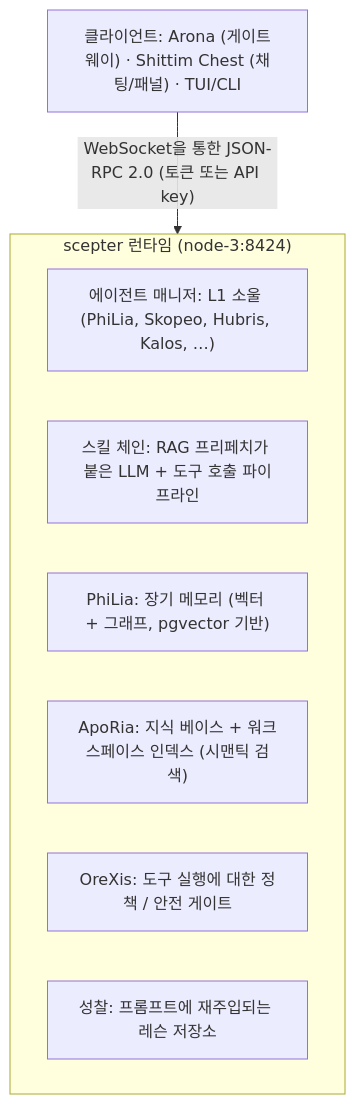
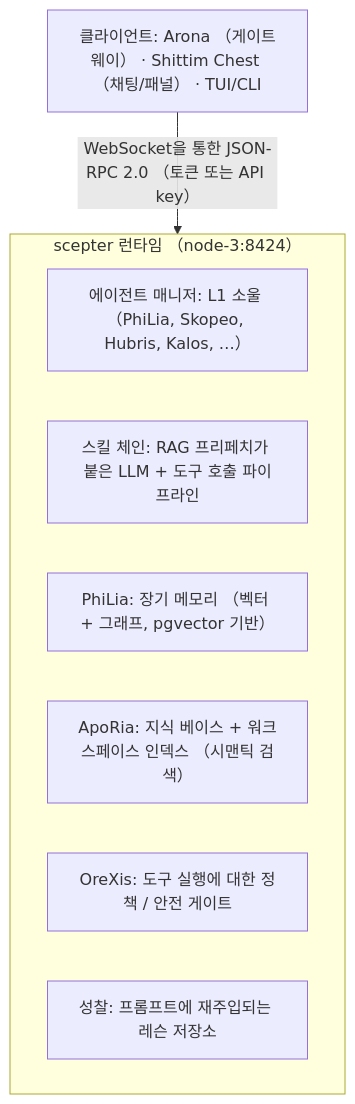
One commit to celestia-island/docs.celestia.world changed the diagram in docs/ko/platforms/entelecheia.md. Above: the diagram before and after it, drawn with Mermaid. The commit also changed 35 other files, not shown here.

First line of the commit message:
📝 Convert ASCII parentheses in mermaid fences to fullwidth across languages. (#96)

````diff
--- a/docs/ko/platforms/entelecheia.md
+++ b/docs/ko/platforms/entelecheia.md
@@ -10,13 +10,13 @@
 ```mermaid
 flowchart TD
-    C["클라이언트: Arona (게이트웨이) · Shittim Chest (채팅/패널) · TUI/CLI"]
-    subgraph G["scepter 런타임 (node-3:8424)"]
-        N0["에이전트 매니저: L1 소울 (PhiLia, Skopeo, Hubris, Kalos, …)"]
+    C["클라이언트: Arona （게이트웨이） · Shittim Chest （채팅/패널） · TUI/CLI"]
+    subgraph G["scepter 런타임 （node-3:8424）"]
+        N0["에이전트 매니저: L1 소울 （PhiLia, Skopeo, Hubris, Kalos, …）"]
         N1["스킬 체인: RAG 프리페치가 붙은 LLM + 도구 호출 파이프라인"]
-        N2["PhiLia: 장기 메모리 (벡터 + 그래프, pgvector 기반)"]
-        N3["ApoRia: 지식 베이스 + 워크스페이스 인덱스 (시맨틱 검색)"]
+        N2["PhiLia: 장기 메모리 （벡터 + 그래프, pgvector 기반）"]
+        N3["ApoRia: 지식 베이스 + 워크스페이스 인덱스 （시맨틱 검색）"]
         N4["OreXis: 도구 실행에 대한 정책 / 안전 게이트"]
         N5["성찰: 프롬프트에 재주입되는 레슨 저장소"]
     end
-    C -->|"WebSocket을 통한 JSON-RPC 2.0 (토큰 또는 API key)"| G
+    C -->|"WebSocket을 통한 JSON-RPC 2.0 （토큰 또는 API key）"| G
 ```
````
